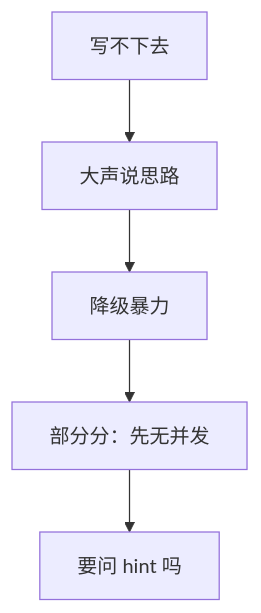
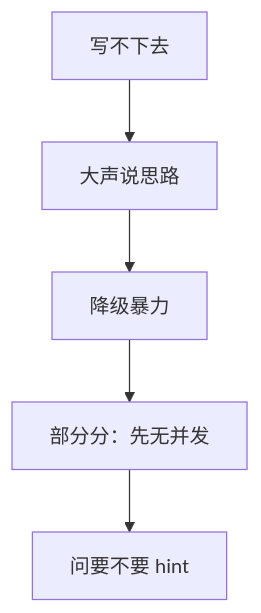
Before and after one commit to ml-cuizijun/LearnToLilith: the sixth of 6 diagrams in 05-开发能力/06-SRE手写题与算法轮/知识点.md, drawn with Mermaid. The commit also changed other lines of this file and 178 other files, not shown here.

````diff
--- a/05-开发能力/06-SRE手写题与算法轮/知识点.md
+++ b/05-开发能力/06-SRE手写题与算法轮/知识点.md
@@ -474,7 +515,7 @@
 ```mermaid
 flowchart TD
     STUCK["写不下去"] --> SAY["大声说思路"]
     SAY --> SIMPLE["降级暴力"]
     SIMPLE --> PART["部分分：先无并发"]
-    PART --> ASK["要问 hint 吗"]
+    PART --> ASK["问要不要 hint"]
 ```
````
